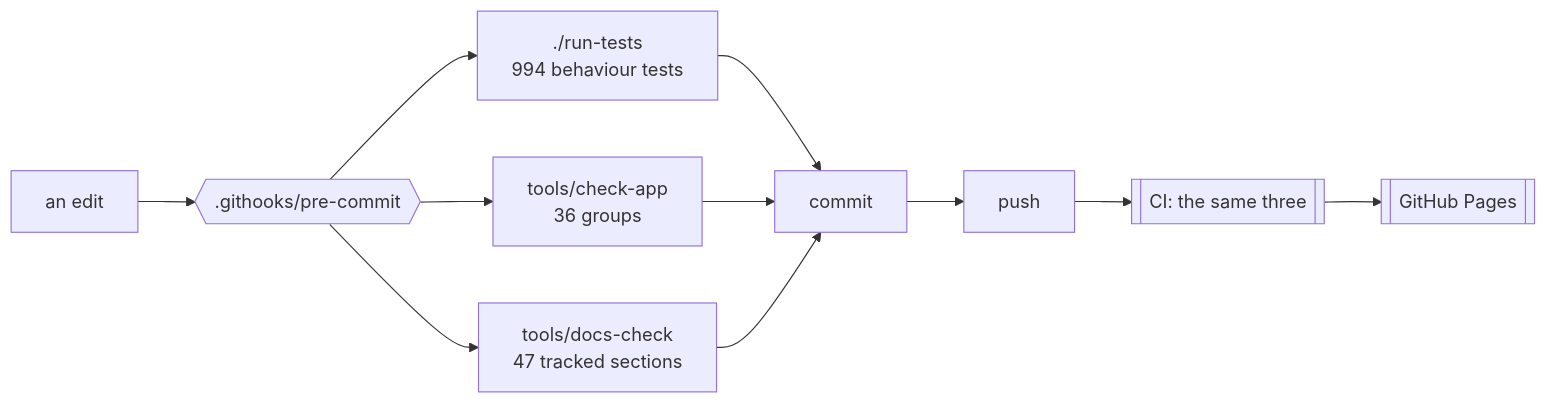
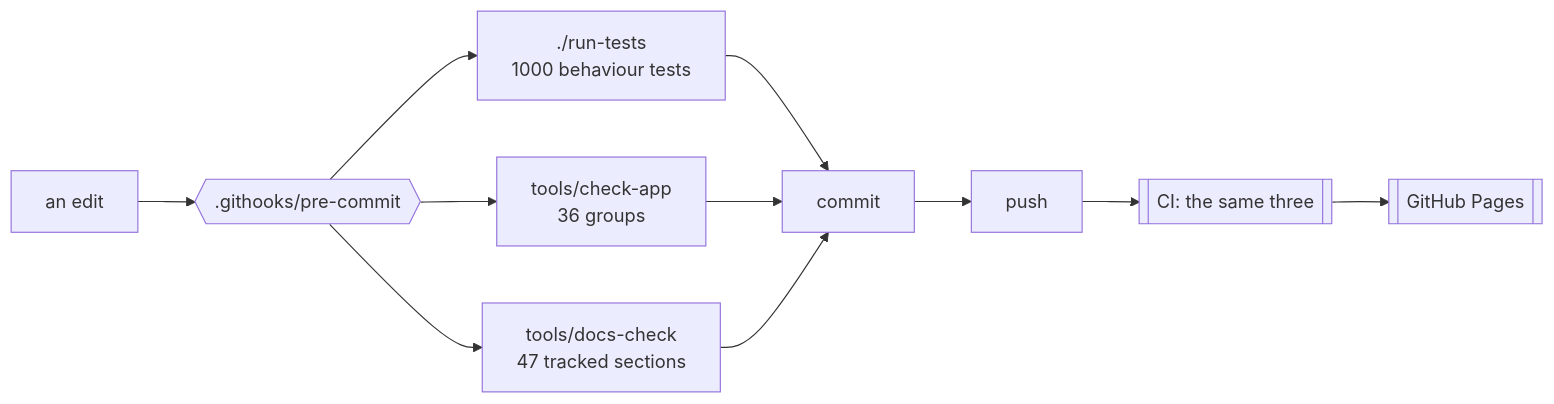
One commit to minormending/crystal-pilot-mobile changed the first of 3 diagrams in docs/DEVELOPING.md. Above: the diagram before and after it, drawn with Mermaid. The commit also changed other lines of this file and 8 other files, not shown here.

````diff
--- a/docs/DEVELOPING.md
+++ b/docs/DEVELOPING.md
@@ -15,12 +15,12 @@
 ```mermaid
 flowchart LR
     E[an edit] --> H{{".githooks/pre-commit"}}
-    H --> T["./run-tests<br/>994 behaviour tests"]
+    H --> T["./run-tests<br/>1000 behaviour tests"]
     H --> C["tools/check-app<br/>36 groups"]
     H --> D["tools/docs-check<br/>47 tracked sections"]
     T --> OK[commit]
     C --> OK
     D --> OK
     OK --> P[push] --> CI[["CI: the same three"]]
     CI --> PG[[GitHub Pages]]
 ```
````
